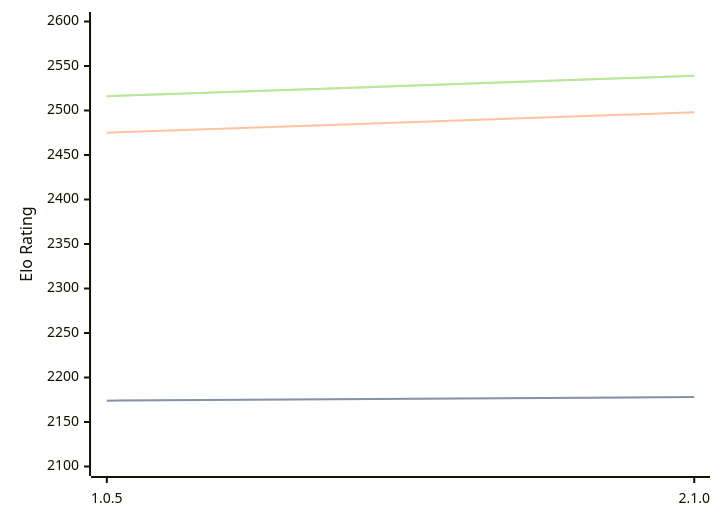
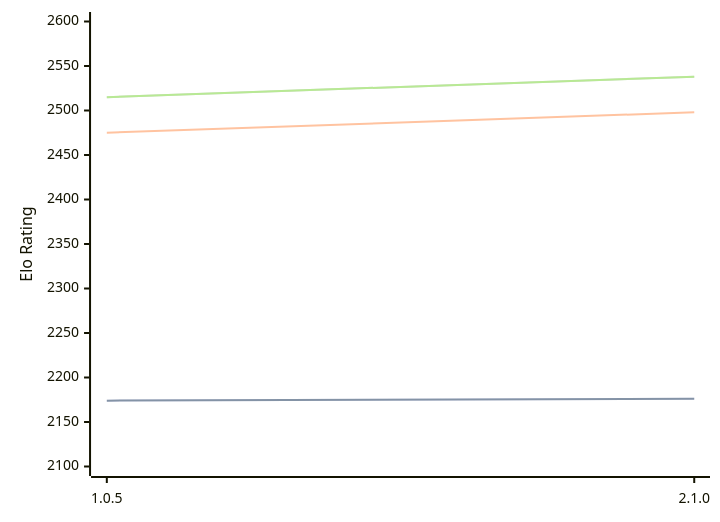
The diagram in engines/Ruffian.md (computer-chess-index/cci), drawn with Mermaid before and after one commit. The commit also changed other lines of this file, not shown here.

Commit message:
Update CCI Ratings (ELO VLTC) - 2026-03-30

````diff
--- a/engines/Ruffian.md
+++ b/engines/Ruffian.md
@@ -32,11 +32,11 @@
 ```mermaid
 %%{init: {"theme":"base","themeVariables":{"seriesColors:['#a3a3a3','#222221','#faa371']}}}%%
 xychart-beta
   x-axis ["1.0.5", "2.1.0"]
   y-axis "Elo Rating" 2100 --> 2600
-  line "STC (8.0+0.08s)" [2174, 2178]
-  line "STC (8.0+0.08s)" [2174, 2178]
+  line "STC (8.0+0.08s)" [2174, 2176]
+  line "STC (8.0+0.08s)" [2174, 2176]
   line "LTC (60.0+0.60s)" [2475, 2498]
-  line "VLTC (2m24s+1.12s)" [2516, 2539]
-  line "VLTC (2m24s+1.12s)" [2516, 2539]
+  line "VLTC (2m24s+1.12s)" [2515, 2538]
+  line "VLTC (2m24s+1.12s)" [2515, 2538]
 ```
````
